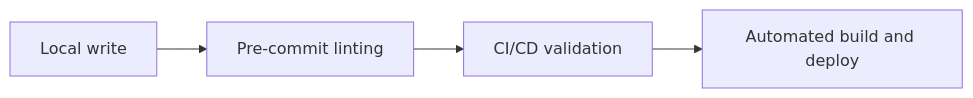
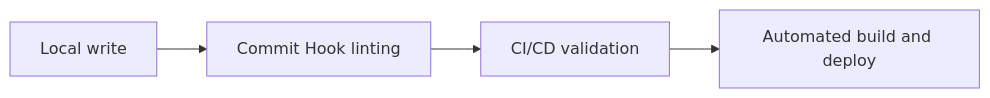
The first of 2 diagrams in docs/industry-terms/style-guide-as-code.md (vaishvanara/techwritingkb), drawn with Mermaid before and after one commit. The commit also changed other lines of this file and 51 other files, not shown here.

````diff
--- a/docs/industry-terms/style-guide-as-code.md
+++ b/docs/industry-terms/style-guide-as-code.md
@@ -43,6 +43,6 @@
 ```mermaid
 graph LR
-    A[Local write] --> B[Pre-commit linting]
+    A[Local write] --> B[Commit Hook linting]
     B --> C[CI/CD validation]
     C --> D[Automated build and deploy]
 ```
````
